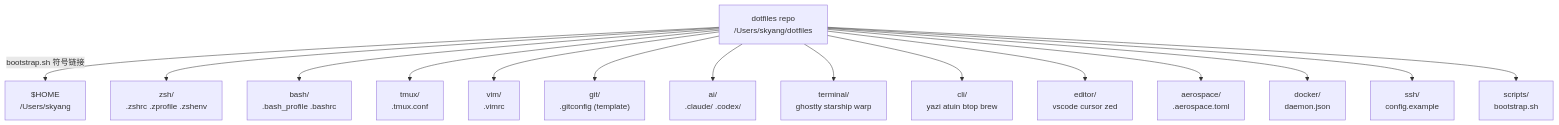
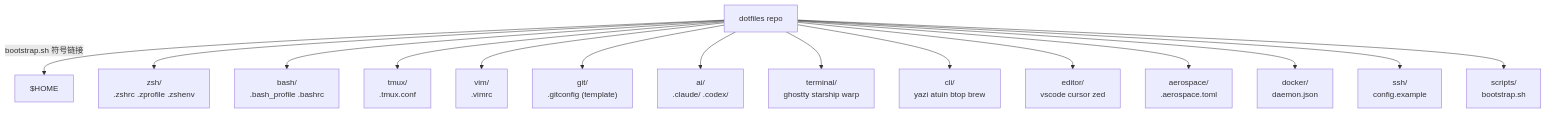
Before and after one commit to SKYangg/dotfiles: the diagram in CLAUDE.md, drawn with Mermaid. The commit also changed other lines of this file and 12 other files, not shown here.

````diff
--- a/CLAUDE.md
+++ b/CLAUDE.md
@@ -30,21 +30,21 @@
 ```mermaid
 graph TD
-  ROOT["dotfiles repo\n/Users/skyang/dotfiles"]
-  HOME["$HOME\n/Users/skyang"]
+  ROOT["dotfiles repo\n<repo-root>"]
+  HOME["$HOME"]
 
   ROOT --> |bootstrap.sh 符号链接| HOME
 
   ROOT --> ZSH["zsh/\n.zshrc .zprofile .zshenv"]
   ROOT --> BASH["bash/\n.bash_profile .bashrc"]
   ROOT --> TMUX["tmux/\n.tmux.conf"]
   ROOT --> VIM["vim/\n.vimrc"]
   ROOT --> GIT["git/\n.gitconfig (template)"]
   ROOT --> AI["ai/\n.claude/ .codex/"]
   ROOT --> TERM["terminal/\nghostty starship warp"]
   ROOT --> CLI["cli/\nyazi atuin btop brew"]
   ROOT --> EDITOR["editor/\nvscode cursor zed"]
   ROOT --> AERO["aerospace/\n.aerospace.toml"]
   ROOT --> DOCKER["docker/\ndaemon.json"]
   ROOT --> SSH["ssh/\nconfig.example"]
   ROOT --> SCRIPTS["scripts/\nbootstrap.sh"]
 ```
````
